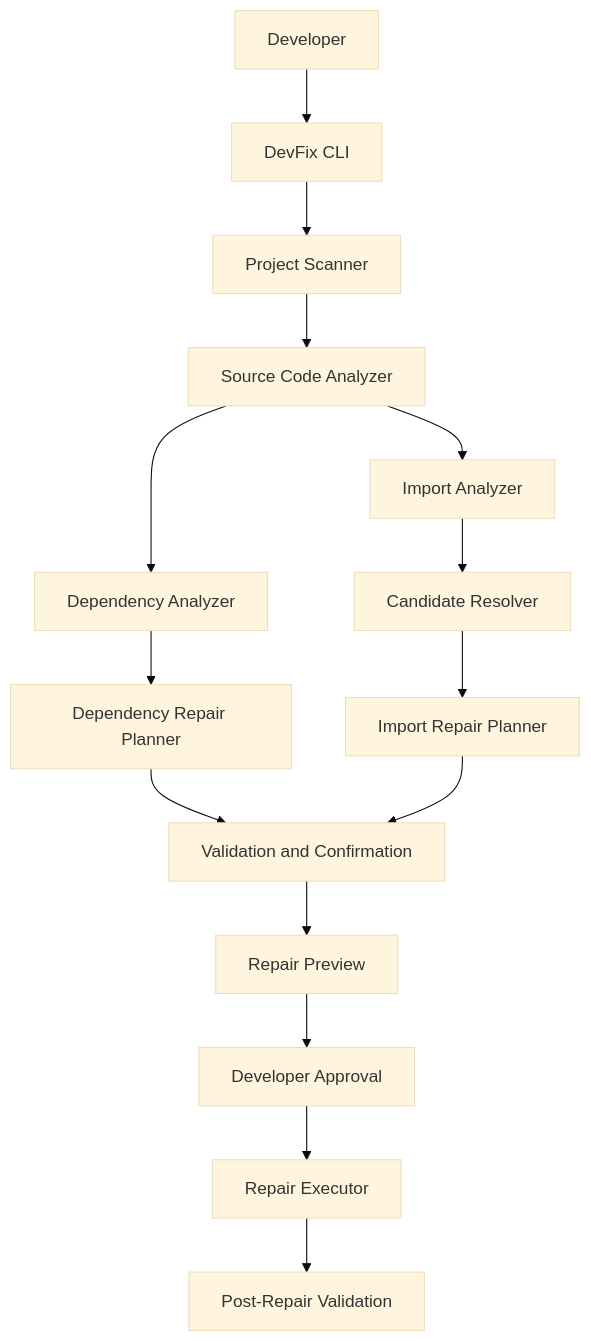
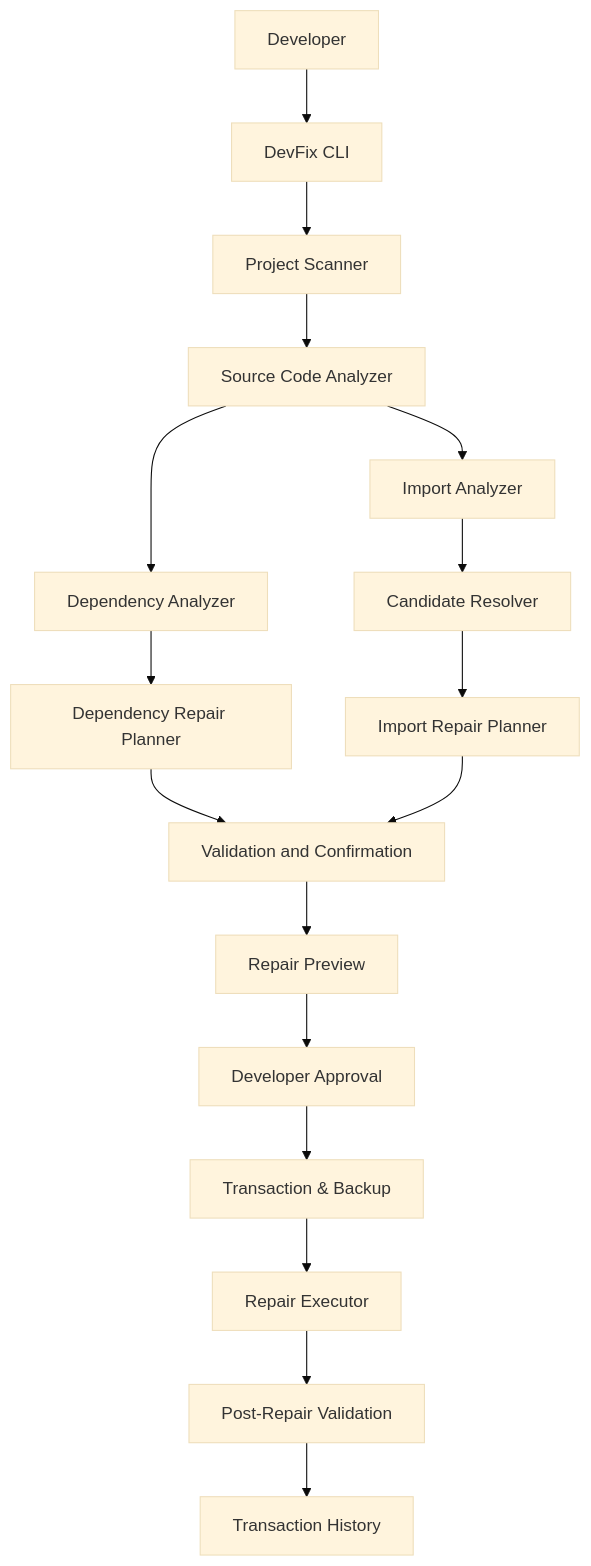
One commit to Aryan-Makhija/devfix changed the first of 2 diagrams in README.md. Above: the diagram before and after it, drawn with Mermaid (base theme). The commit also changed other lines of this file, not shown here.

First line of the commit message:
Implement transaction-based undo feature

````diff
--- a/README.md
+++ b/README.md
@@ -249,17 +309,19 @@
 ```mermaid
 flowchart TD
     A["Developer"] --> B["DevFix CLI"]
     B --> C["Project Scanner"]
     C --> D["Source Code Analyzer"]
     D --> E["Dependency Analyzer"]
     D --> F["Import Analyzer"]
     E --> G["Dependency Repair Planner"]
     F --> H["Candidate Resolver"]
     H --> I["Import Repair Planner"]
     G --> J["Validation and Confirmation"]
     I --> J
     J --> K["Repair Preview"]
     K --> L["Developer Approval"]
-    L --> M["Repair Executor"]
-    M --> N["Post-Repair Validation"]
+    L --> M["Transaction & Backup"]
+    M --> N["Repair Executor"]
+    N --> O["Post-Repair Validation"]
+    O --> P["Transaction History"]
 ```
````
